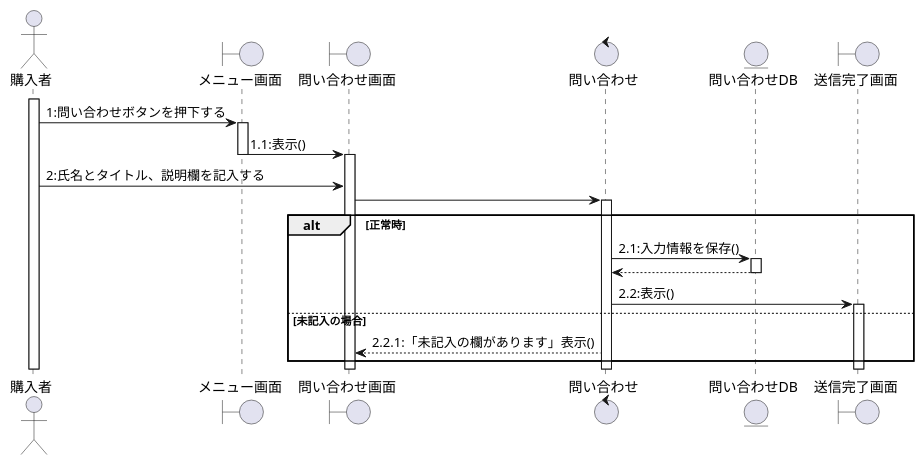
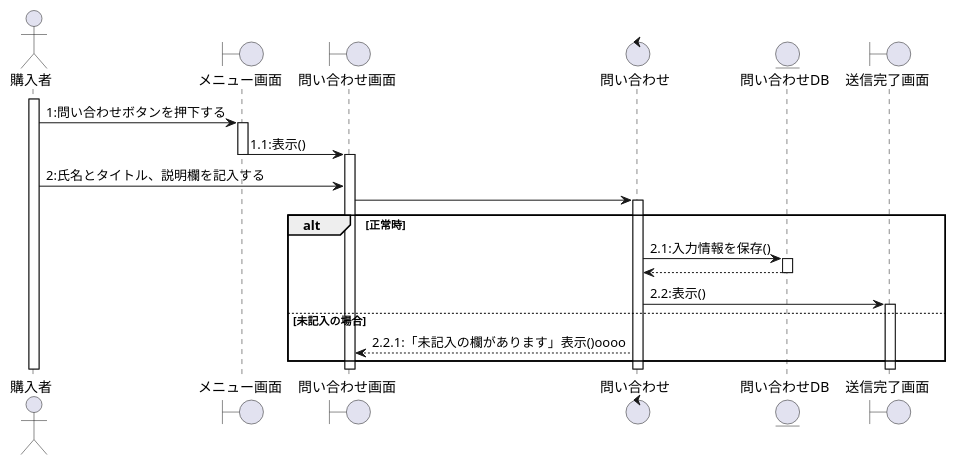
The diagram in シーケンス_購入者/問い合わせ.puml (T-kouki/local-vege-link), drawn with PlantUML before and after one commit.

Commit message:
koikekoike

```diff
--- a/シーケンス_購入者/問い合わせ.puml
+++ b/シーケンス_購入者/問い合わせ.puml
@@ -1,31 +1,31 @@
 @startuml
 
 
 actor 購入者
 boundary メニュー画面
 boundary 問い合わせ画面
 control 問い合わせ
 entity 問い合わせDB
 boundary 送信完了画面
 
 activate 購入者
 購入者 -> メニュー画面:1:問い合わせボタンを押下する
 activate メニュー画面
 メニュー画面 -> 問い合わせ画面:1.1:表示()
 deactivate メニュー画面
 activate 問い合わせ画面
 購入者 -> 問い合わせ画面:2:氏名とタイトル、説明欄を記入する
 問い合わせ画面 -> 問い合わせ :
 activate 問い合わせ
 
 alt 正常時
     問い合わせ -> 問い合わせDB :2.1:入力情報を保存()
     activate 問い合わせDB
     問い合わせDB --> 問い合わせ:
     deactivate 問い合わせDB
     問い合わせ -> 送信完了画面:2.2:表示()
     activate 送信完了画面
 else 未記入の場合
-    問い合わせ --> 問い合わせ画面:2.2.1:「未記入の欄があります」表示()
+    問い合わせ --> 問い合わせ画面:2.2.1:「未記入の欄があります」表示()oooo
 end
-@enduml
+@endum
```
